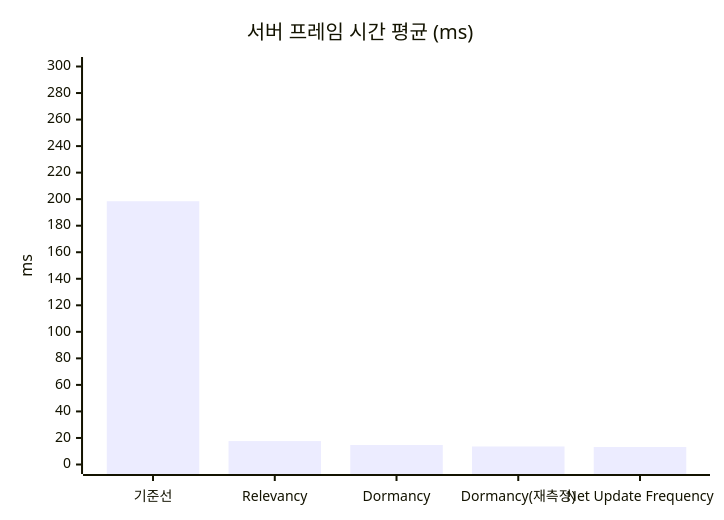
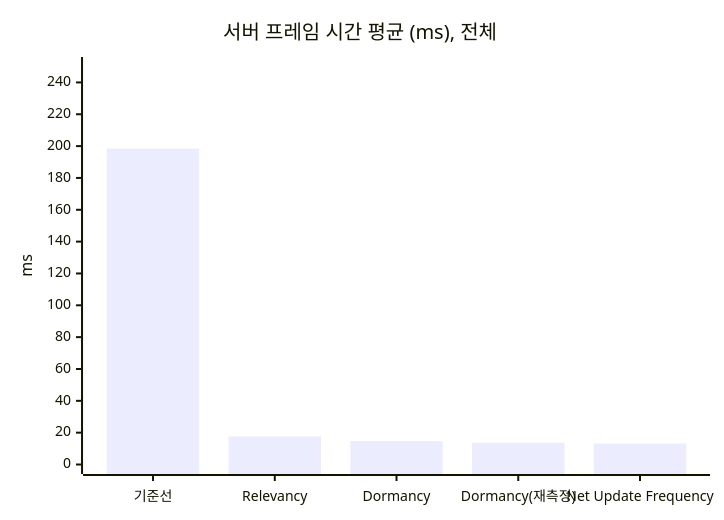
Before and after one commit to hon454/ue-dedicated-server-optimization-lab: the first of 4 diagrams in README.md, drawn with Mermaid. The commit also changed other lines of this file, not shown here.

````diff
--- a/README.md
+++ b/README.md
@@ -88,7 +110,7 @@
 ```mermaid
 xychart-beta
-    title "서버 프레임 시간 평균 (ms)"
+    title "서버 프레임 시간 평균 (ms), 전체"
     x-axis ["기준선", "Relevancy", "Dormancy", "Dormancy(재측정)", "Net Update Frequency"]
-    y-axis "ms" 0 --> 300
+    y-axis "ms" 0 --> 250
     bar [198.43, 17.64, 14.69, 13.60, 13.16]
 ```
````
